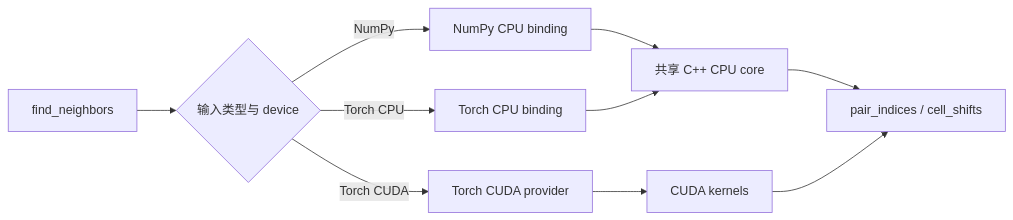
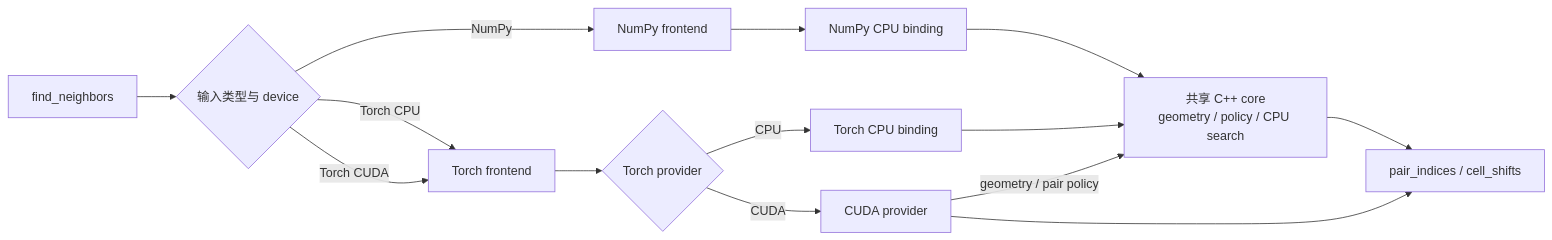
Before and after one commit to songfeitong/tonari: the diagram in docs/architecture.md, drawn with Mermaid. The commit also changed other lines of this file and 6 other files, not shown here.

````diff
--- a/docs/architecture.md
+++ b/docs/architecture.md
@@ -9,12 +9,16 @@
 ```mermaid
 flowchart LR
     A["find_neighbors"] --> B{"输入类型与 device"}
-    B -- "NumPy" --> C["NumPy CPU binding"]
-    B -- "Torch CPU" --> D["Torch CPU binding"]
-    B -- "Torch CUDA" --> E["Torch CUDA provider"]
-    C --> F["共享 C++ CPU core"]
-    D --> F
-    E --> G["CUDA kernels"]
-    F --> H["pair_indices / cell_shifts"]
-    G --> H
+    B -- "NumPy" --> C["NumPy frontend"]
+    B -- "Torch CPU" --> D["Torch frontend"]
+    B -- "Torch CUDA" --> D
+    C --> E["NumPy CPU binding"]
+    D --> F{"Torch provider"}
+    F -- "CPU" --> G["Torch CPU binding"]
+    F -- "CUDA" --> H["CUDA provider"]
+    E --> I["共享 C++ core<br/>geometry / policy / CPU search"]
+    G --> I
+    H -- "geometry / pair policy" --> I
+    I --> J["pair_indices / cell_shifts"]
+    H --> J
 ```
````
